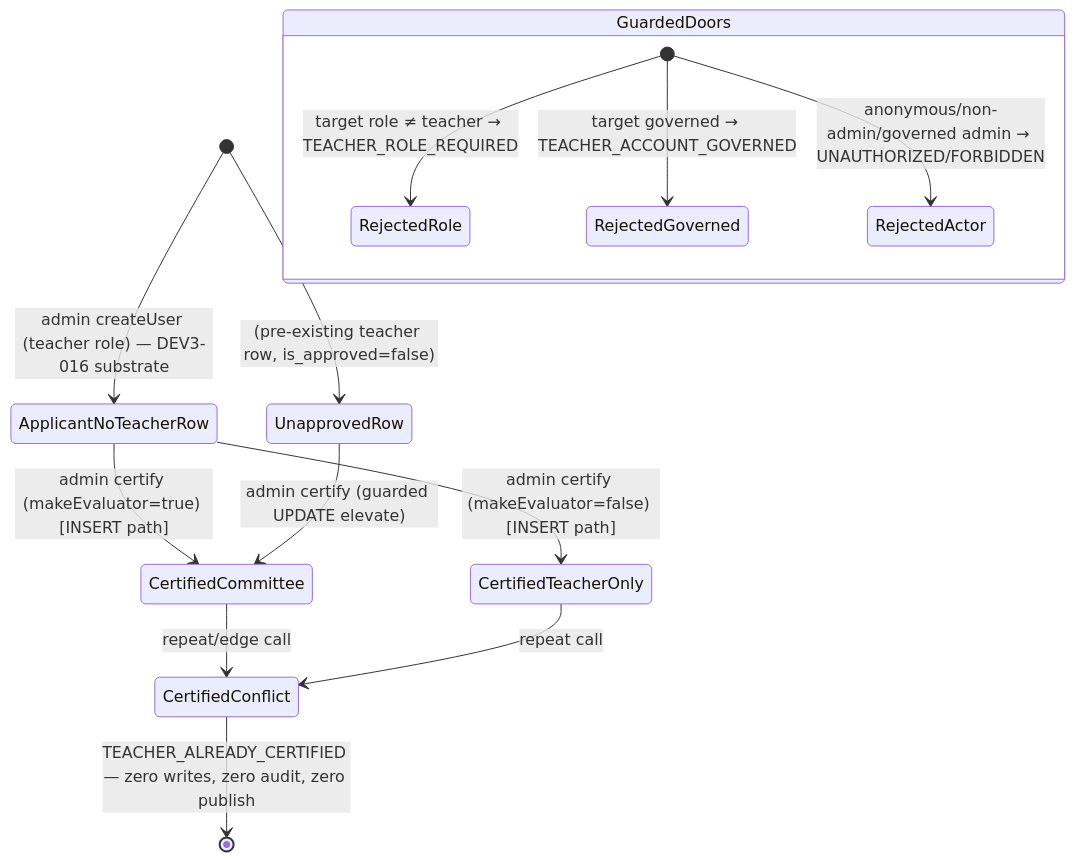
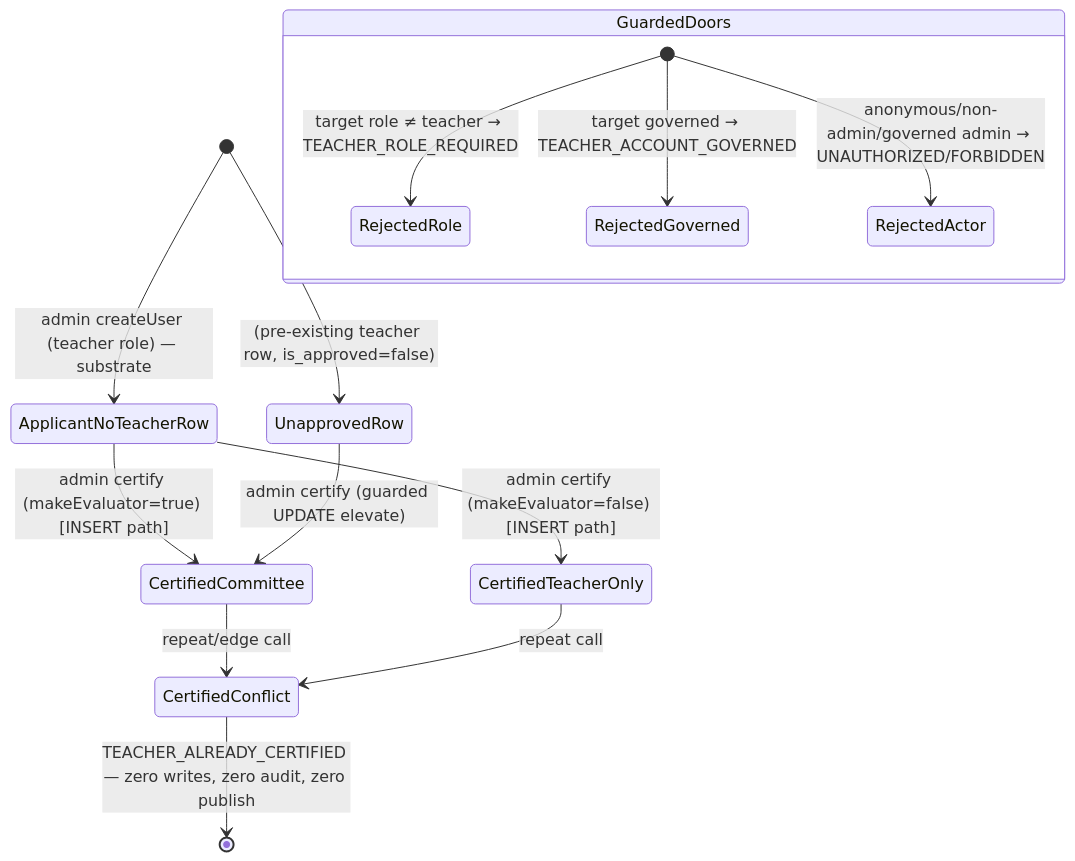
One commit to kottaby/kottaby changed the diagram in ai/finished_plans/sprint_3/dev3-018-cold-start-bootstrapping-direct-sheikh-c/plan.md. Above: the diagram before and after it, drawn with Mermaid. The commit also changed other lines of this file and 297 other files, not shown here.

````diff
--- a/ai/finished_plans/sprint_3/dev3-018-cold-start-bootstrapping-direct-sheikh-c/plan.md
+++ b/ai/finished_plans/sprint_3/dev3-018-cold-start-bootstrapping-direct-sheikh-c/plan.md
@@ -343,17 +343,17 @@
 ```mermaid
 stateDiagram-v2
-[*] --> ApplicantNoTeacherRow: admin createUser (teacher role) — DEV3-016 substrate
+[*] --> ApplicantNoTeacherRow: admin createUser (teacher role) — substrate
 [*] --> UnapprovedRow: (pre-existing teacher row, is_approved=false)
 ApplicantNoTeacherRow --> CertifiedCommittee: admin certify (makeEvaluator=true) [INSERT path]
 ApplicantNoTeacherRow --> CertifiedTeacherOnly: admin certify (makeEvaluator=false) [INSERT path]
 UnapprovedRow --> CertifiedCommittee: admin certify (guarded UPDATE elevate)
 CertifiedCommittee --> CertifiedConflict: repeat/edge call
 CertifiedTeacherOnly --> CertifiedConflict: repeat call
 CertifiedConflict --> [*]: TEACHER_ALREADY_CERTIFIED — zero writes, zero audit, zero publish
 
 state GuardedDoors {
  [*] --> RejectedRole: target role ≠ teacher → TEACHER_ROLE_REQUIRED
  [*] --> RejectedGoverned: target governed → TEACHER_ACCOUNT_GOVERNED
  [*] --> RejectedActor: anonymous/non-admin/governed admin → UNAUTHORIZED/FORBIDDEN
 }
 ```
````
